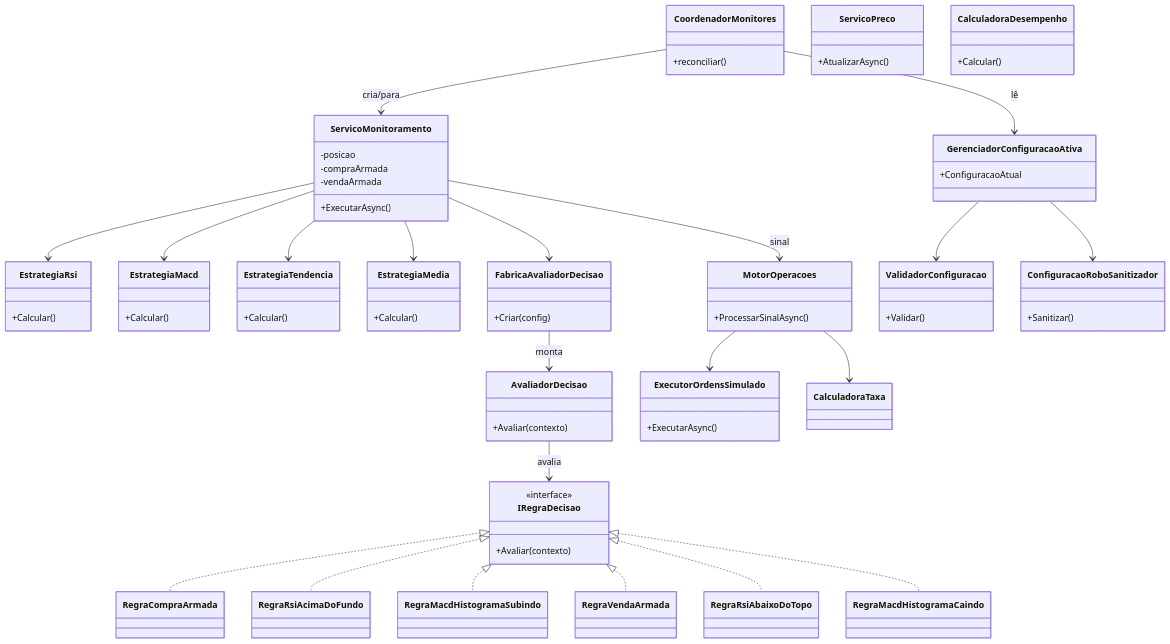
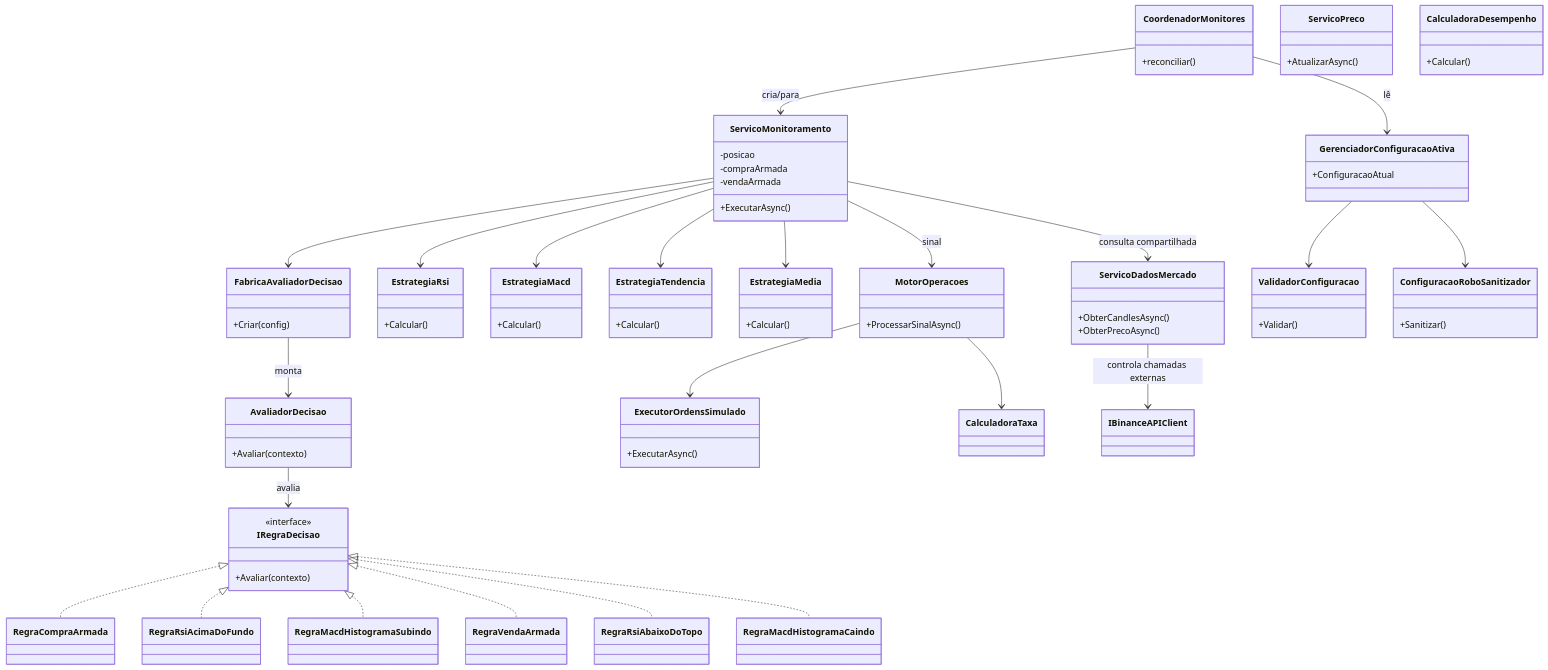
Before and after one commit to Marcelo-Davila/TradingBot-Vitrine: the third of 6 diagrams in Docs/UML.md, drawn with Mermaid. The commit also changed other lines of this file and 4 other files, not shown here.

```diff
--- a/Docs/UML.md
+++ b/Docs/UML.md
@@ -78,6 +93,10 @@
     }
     class ServicoPreco {
         +AtualizarAsync()
+    }
+    class ServicoDadosMercado {
+        +ObterCandlesAsync()
+        +ObterPrecoAsync()
     }
     class EstrategiaRsi {
         +Calcular()
@@ -130,6 +149,8 @@
     CoordenadorMonitores --> ServicoMonitoramento : cria/para
     CoordenadorMonitores --> GerenciadorConfiguracaoAtiva : lê
     ServicoMonitoramento --> EstrategiaRsi
+    ServicoMonitoramento --> ServicoDadosMercado : consulta compartilhada
+    ServicoDadosMercado --> IBinanceAPIClient : controla chamadas externas
     ServicoMonitoramento --> EstrategiaMacd
     ServicoMonitoramento --> EstrategiaTendencia
     ServicoMonitoramento --> EstrategiaMedia
```
